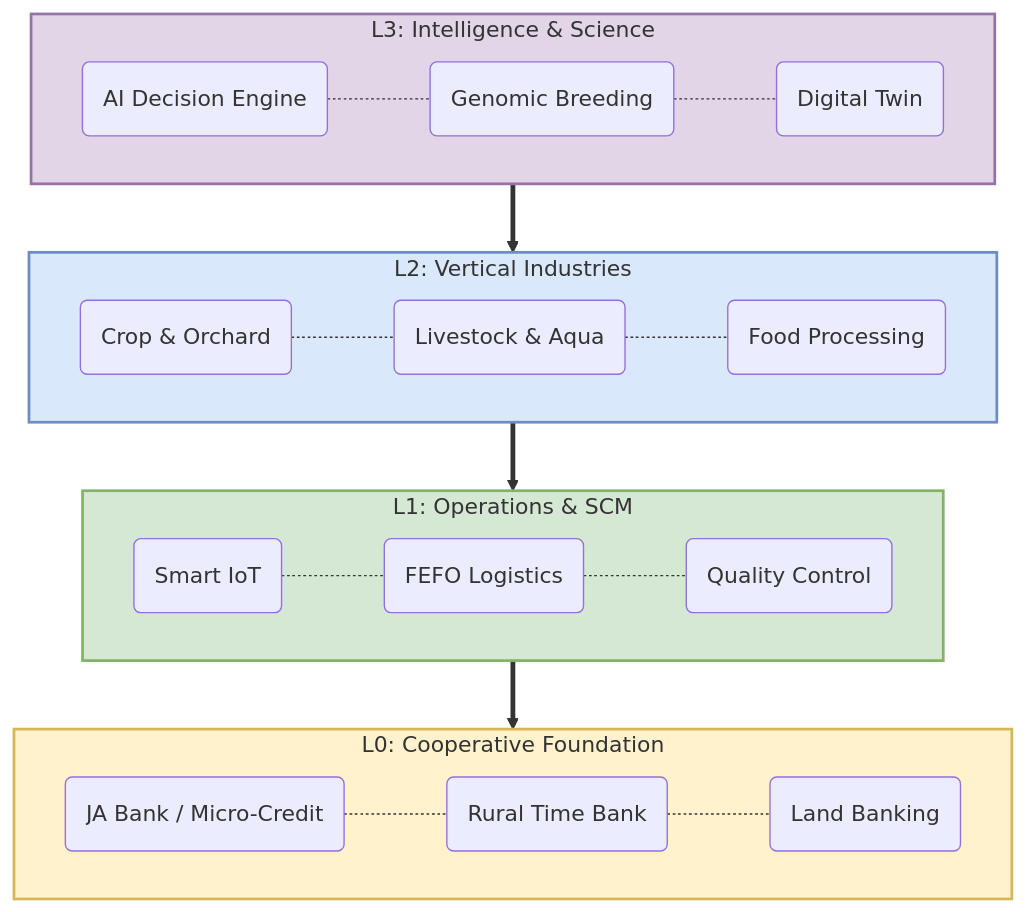
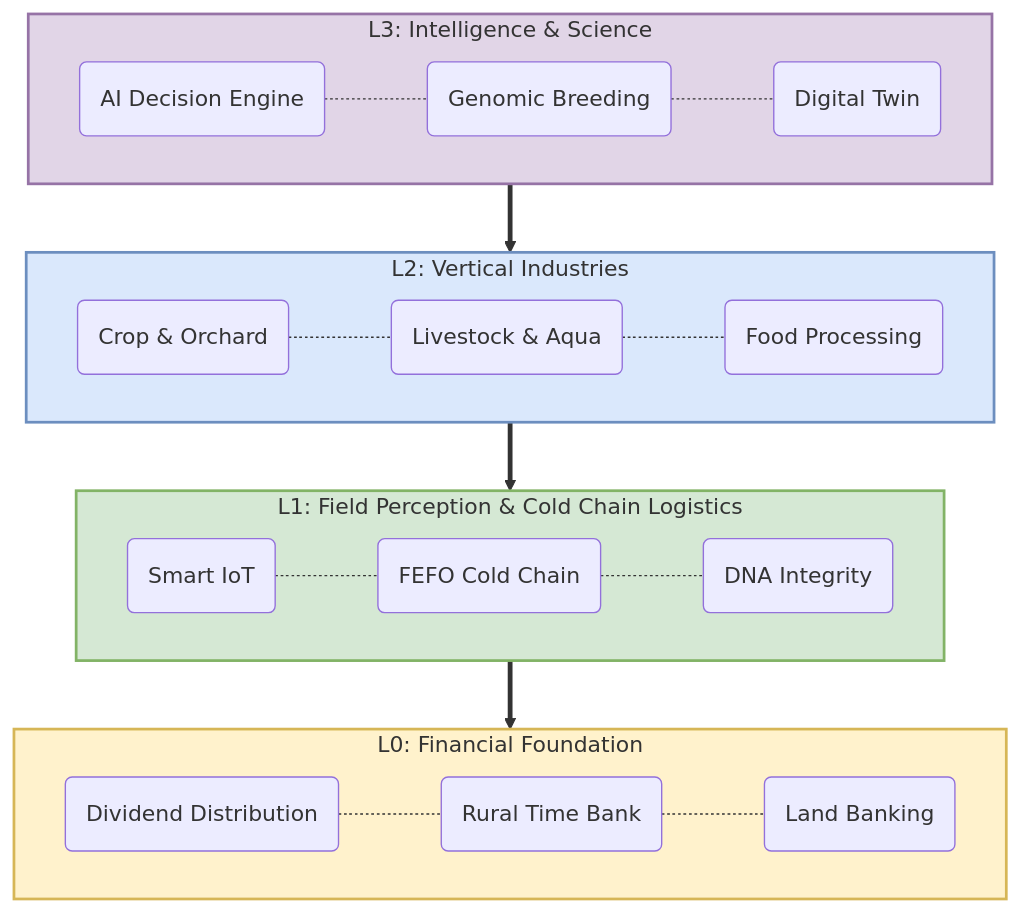
The first of 2 diagrams in README.md (jeffery9/odoo-farm), drawn with Mermaid before and after one commit. The commit also changed other lines of this file, not shown here.

````diff
--- a/README.md
+++ b/README.md
@@ -7,26 +7,26 @@
 ```mermaid
 graph TD
     subgraph L3 [L3: Intelligence & Science]
         direction LR
         AI(AI Decision Engine) -.- GEN(Genomic Breeding) -.- DT(Digital Twin)
     end
     subgraph L2 [L2: Vertical Industries]
         direction LR
         CROP(Crop & Orchard) -.- LIVE(Livestock & Aqua) -.- PROC(Food Processing)
     end
-    subgraph L1 [L1: Operations & SCM]
+    subgraph L1 [L1: Field Perception & Cold Chain Logistics]
         direction LR
-        IOT(Smart IoT) -.- LOG(FEFO Logistics) -.- QC(Quality Control)
+        IOT(Smart IoT) -.- LOG(FEFO Cold Chain) -.- QC(DNA Integrity)
     end
-    subgraph L0 [L0: Cooperative Foundation]
+    subgraph L0 [L0: Financial Foundation]
         direction LR
-        FIN(JA Bank / Micro-Credit) -.- HR(Rural Time Bank) -.- LAND(Land Banking)
+        FIN(Dividend Distribution) -.- HR(Rural Time Bank) -.- LAND(Land Banking)
     end
     
     L3 ==> L2 ==> L1 ==> L0
 
     style L3 fill:#e1d5e7,stroke:#9673a6,stroke-width:2px
     style L2 fill:#dae8fc,stroke:#6c8ebf,stroke-width:2px
     style L1 fill:#d5e8d4,stroke:#82b366,stroke-width:2px
     style L0 fill:#fff2cc,stroke:#d6b656,stroke-width:2px
 ```
````
